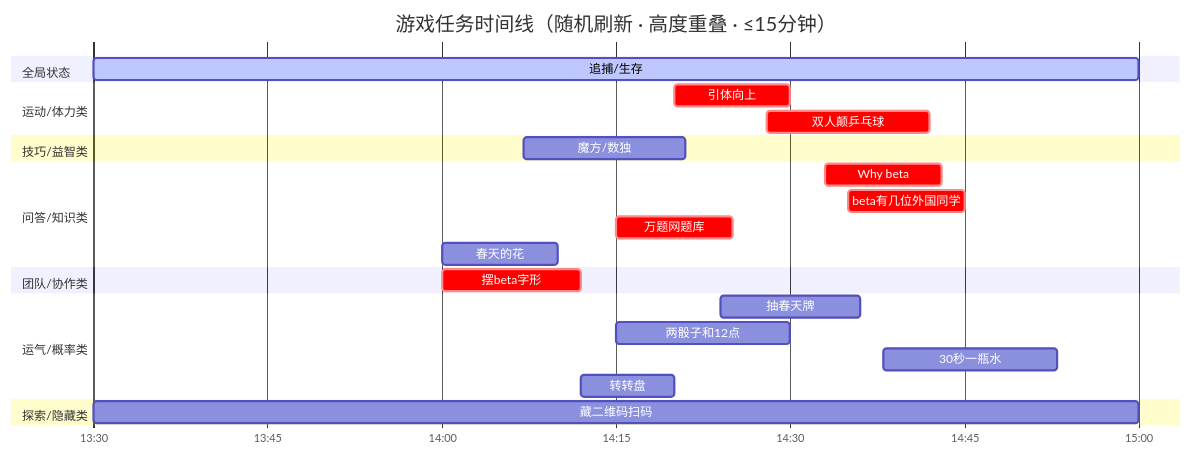
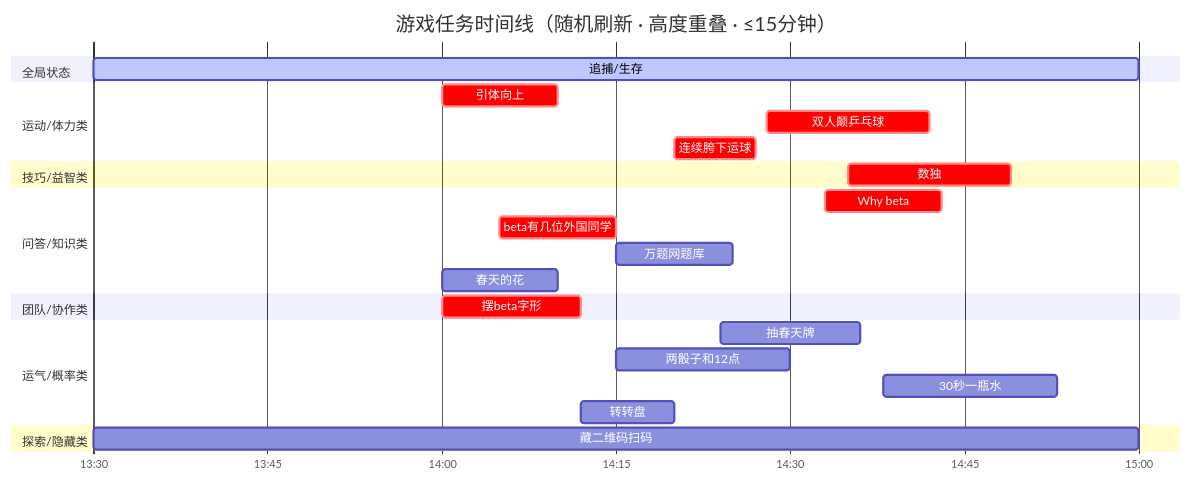
One commit to JieteXue/cats-vs-mice changed the first of 4 diagrams in 时间线.md. Above: the diagram before and after it, drawn with Mermaid. The commit also changed other lines of this file and 2 other files, not shown here.

````diff
--- a/时间线.md
+++ b/时间线.md
@@ -17,35 +17,36 @@
 ```mermaid
 gantt
     title 游戏任务时间线（随机刷新 · 高度重叠 · ≤15分钟）
     dateFormat HH:mm
     axisFormat %H:%M
 
     section 全局状态
     追捕/生存 :active, 13:30, 90m
 
     section 运动/体力类
-    引体向上            :crit, 14:20, 10m
+    引体向上            :crit, 14:00, 10m
     双人颠乒乓球         :crit, 14:28, 14m
+    连续胯下运球   	  :crit, 14:20, 7m
 
     section 技巧/益智类
-    魔方/数独           :14:07, 14m
+    数独           :crit, 14:35, 14m
 
     section 问答/知识类
     Why beta			:crit, 14:33, 10m
-    beta有几位外国同学     :crit, 14:35, 10m
-    万题网题库     		:crit, 14:15, 10m
+    beta有几位外国同学     :crit, 14:05, 10m
+    万题网题库     		:14:15, 10m
     春天的花       		:14:00, 10m
 
     section 团队/协作类
     摆beta字形          :crit, 14:00, 12m
 
     section 运气/概率类
     抽春天牌            :14:24, 12m
     两骰子和12点        :14:15, 15m
     30秒一瓶水          :14:38, 15m
     转转盘              :14:12, 8m
 
     section 探索/隐藏类
     藏二维码扫码         :13:30, 90m
 
 ```
````
